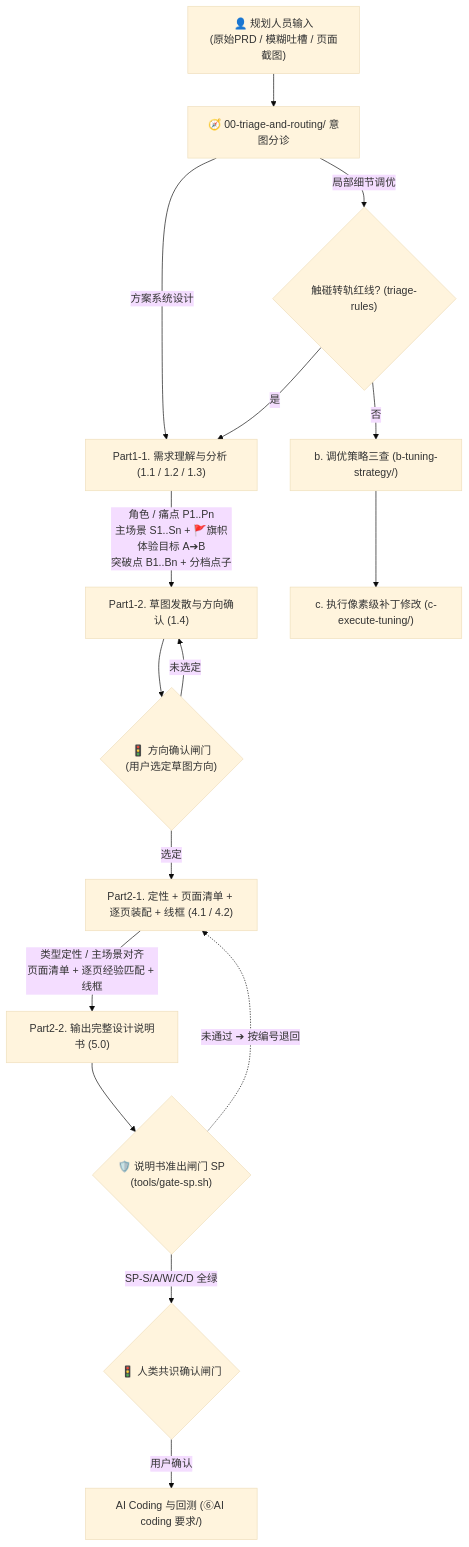
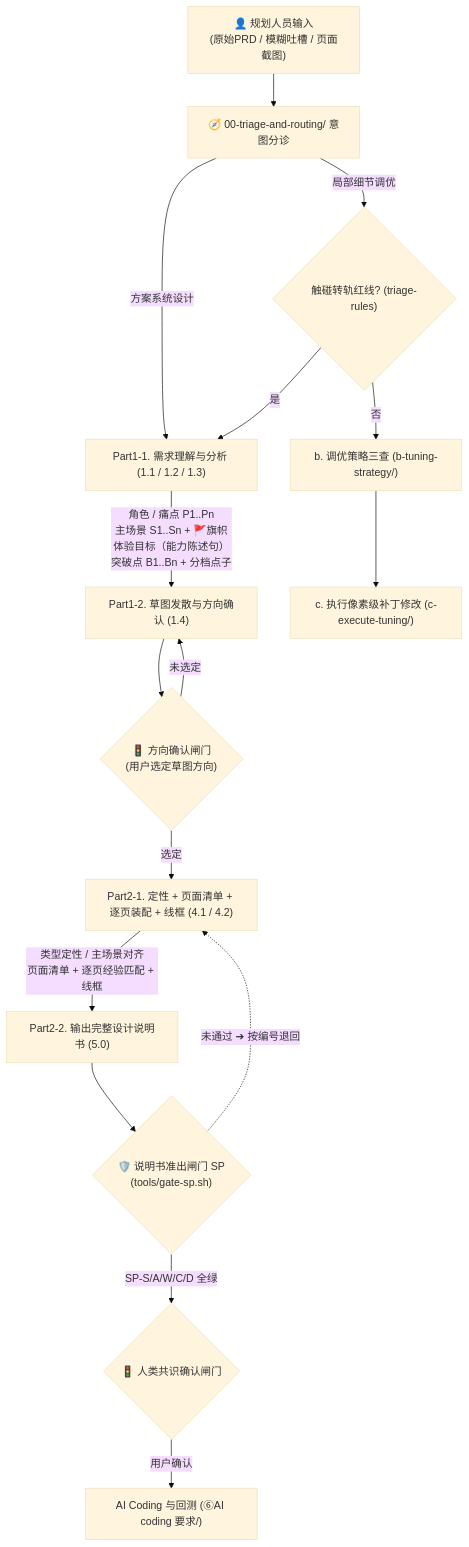
Before and after one commit to wangjue2026/skill-designer-prism: the first of 3 diagrams in 04-workflows-and-cases/execution-sop.md, drawn with Mermaid (base theme). The commit also changed other lines of this file and 18 other files, not shown here.

First line of the commit message:
feat(handoff): 草图占位升级为可交接契约，门禁贯通到说明书线框

````diff
--- a/04-workflows-and-cases/execution-sop.md
+++ b/04-workflows-and-cases/execution-sop.md
@@ -17,20 +17,20 @@
 ```mermaid
 graph TD
     Start["👤 规划人员输入<br>(原始PRD / 模糊吐槽 / 页面截图)"] --> Triage["🧭 00-triage-and-routing/ 意图分诊"]
 
     Triage -->|"方案系统设计"| S1["Part1-1. 需求理解与分析 (1.1 / 1.2 / 1.3)"]
-    S1 -->|"角色 / 痛点 P1..Pn<br>主场景 S1..Sn + 🚩旗帜<br>体验目标 A➔B<br>突破点 B1..Bn + 分档点子"| S15["Part1-2. 草图发散与方向确认 (1.4)"]
+    S1 -->|"角色 / 痛点 P1..Pn<br>主场景 S1..Sn + 🚩旗帜<br>体验目标（能力陈述句）<br>突破点 B1..Bn + 分档点子"| S15["Part1-2. 草图发散与方向确认 (1.4)"]
     S15 --> Gate1{"🚦 方向确认闸门<br>(用户选定草图方向)"}
     Gate1 -->|"未选定"| S15
     Gate1 -->|"选定"| S3["Part2-1. 定性 + 页面清单 + 逐页装配 + 线框 (4.1 / 4.2)"]
     S3 -->|"类型定性 / 主场景对齐<br>页面清单 + 逐页经验匹配 + 线框"| S4["Part2-2. 输出完整设计说明书 (5.0)"]
     S4 --> Check{"🛡️ 说明书准出闸门 SP<br>(tools/gate-sp.sh)"}
     Check -->|"SP-S/A/W/C/D 全绿"| Gate{"🚦 人类共识确认闸门"}
     Check -.->|"未通过 ➔ 按编号退回"| S3
     Gate -->|"用户确认"| S5["AI Coding 与回测 (⑥AI coding 要求/)"]
 
     Triage -->|"局部细节调优"| Redline{"触碰转轨红线? (triage-rules)"}
     Redline -->|"是"| S1
     Redline -->|"否"| M2["b. 调优策略三查 (b-tuning-strategy/)"]
     M2 --> M3["c. 执行像素级补丁修改 (c-execute-tuning/)"]
 ```
````
